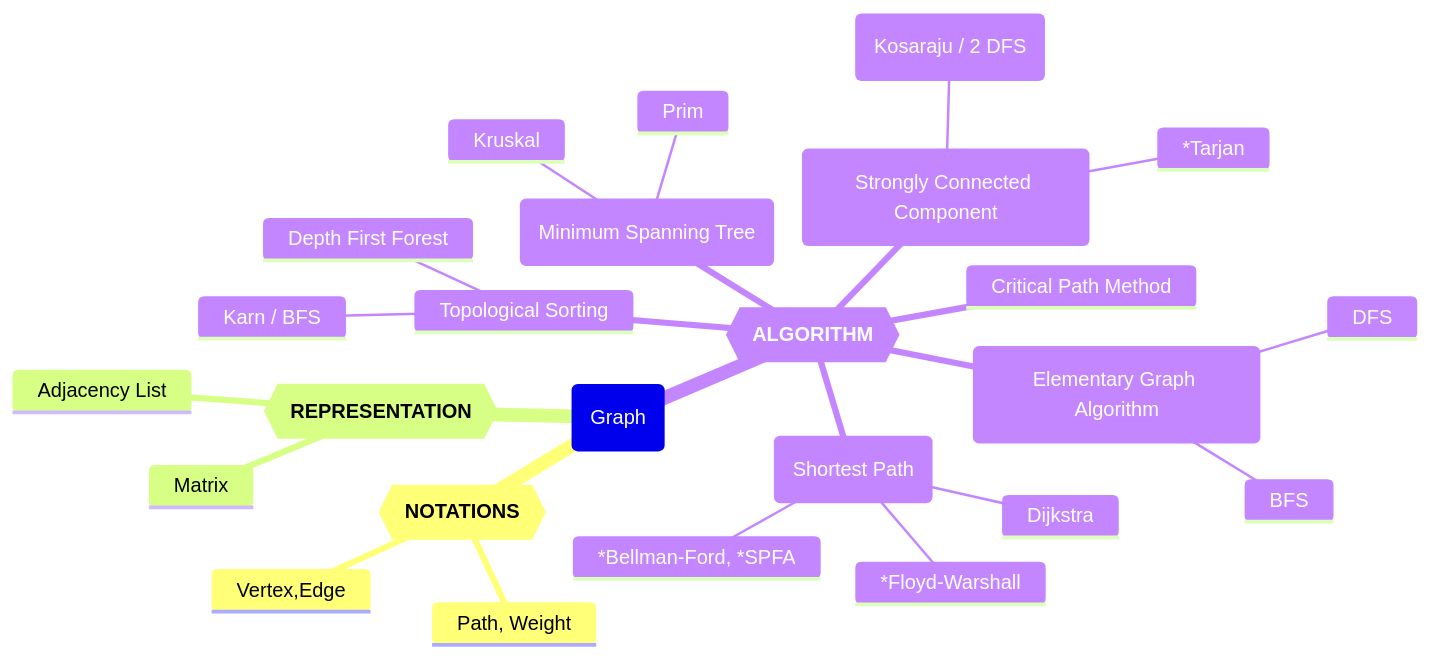
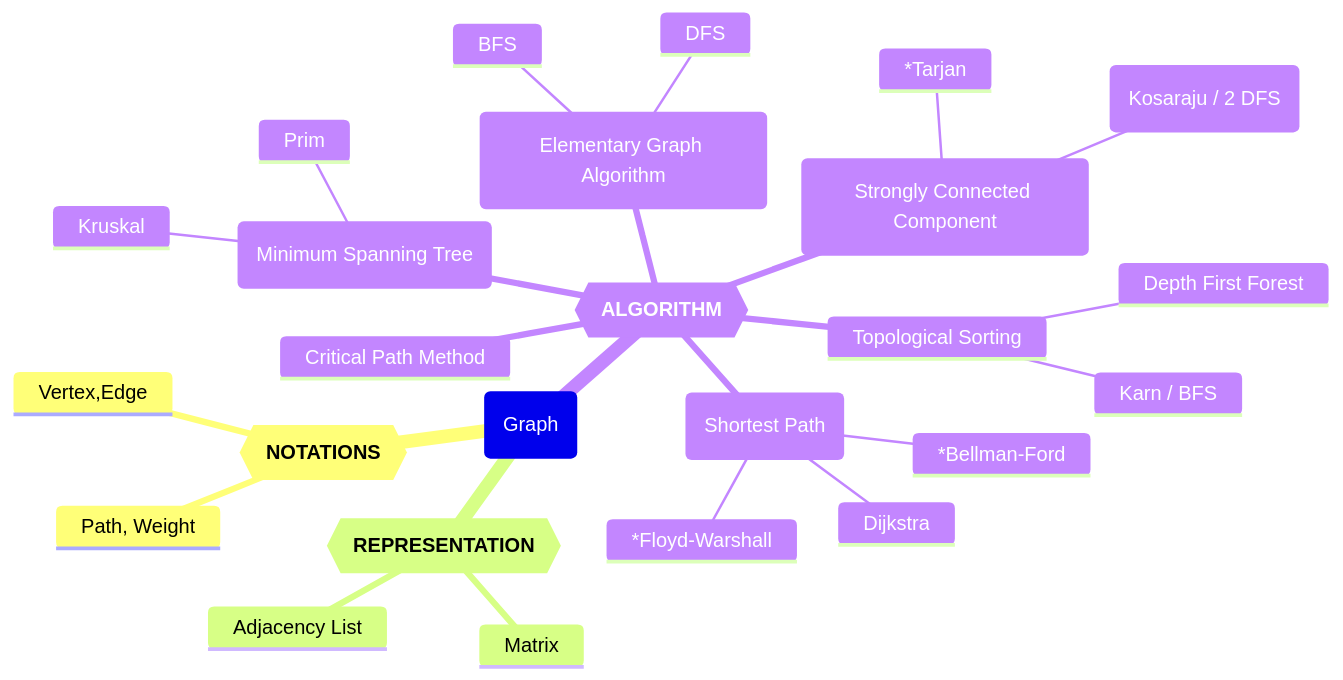
The first of 3 diagrams in 20250421_week10-13_graph.md (GMyhf/2025spring-cs201), drawn with Mermaid before and after one commit. The commit also changed other lines of this file, not shown here.

````diff
--- a/20250421_week10-13_graph.md
+++ b/20250421_week10-13_graph.md
@@ -29,32 +31,32 @@
 ```mermaid
 mindmap
   Graph (Graph)
     Notation{{**NOTATIONS**}}
     	Vertex,Edge
     	Path, Weight
       
     Representation{{**REPRESENTATION**}}
       Matrix
       Adjacency List
       
     Algorithm{{**ALGORITHM**}}
     	Elementary Graph Algorithms(Elementary Graph Algorithm)
     		BFS
     		DFS
     	Shortest Path(Shortest Path)
     		Dijkstra
-    		*Bellman-Ford, *SPFA
+    		*Bellman-Ford
     		*Floyd-Warshall 
     	Topological Sorting
     		Depth First Forest
     		Karn / BFS
     	Critical Path Method
     	MST(Minimum Spanning Tree)
     		Prim
     		Kruskal
     	SCC(Strongly Connected Component)
     		Kosaraju(Kosaraju / 2 DFS)
     		*Tarjan
       
 
 ```
````
